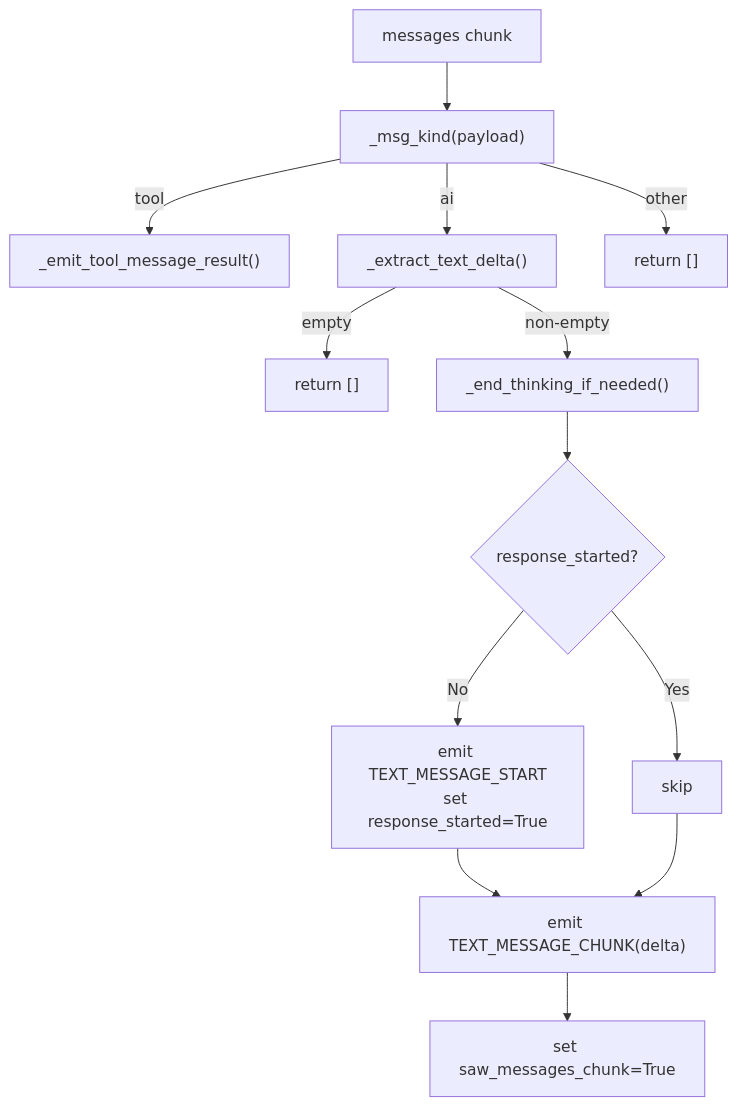
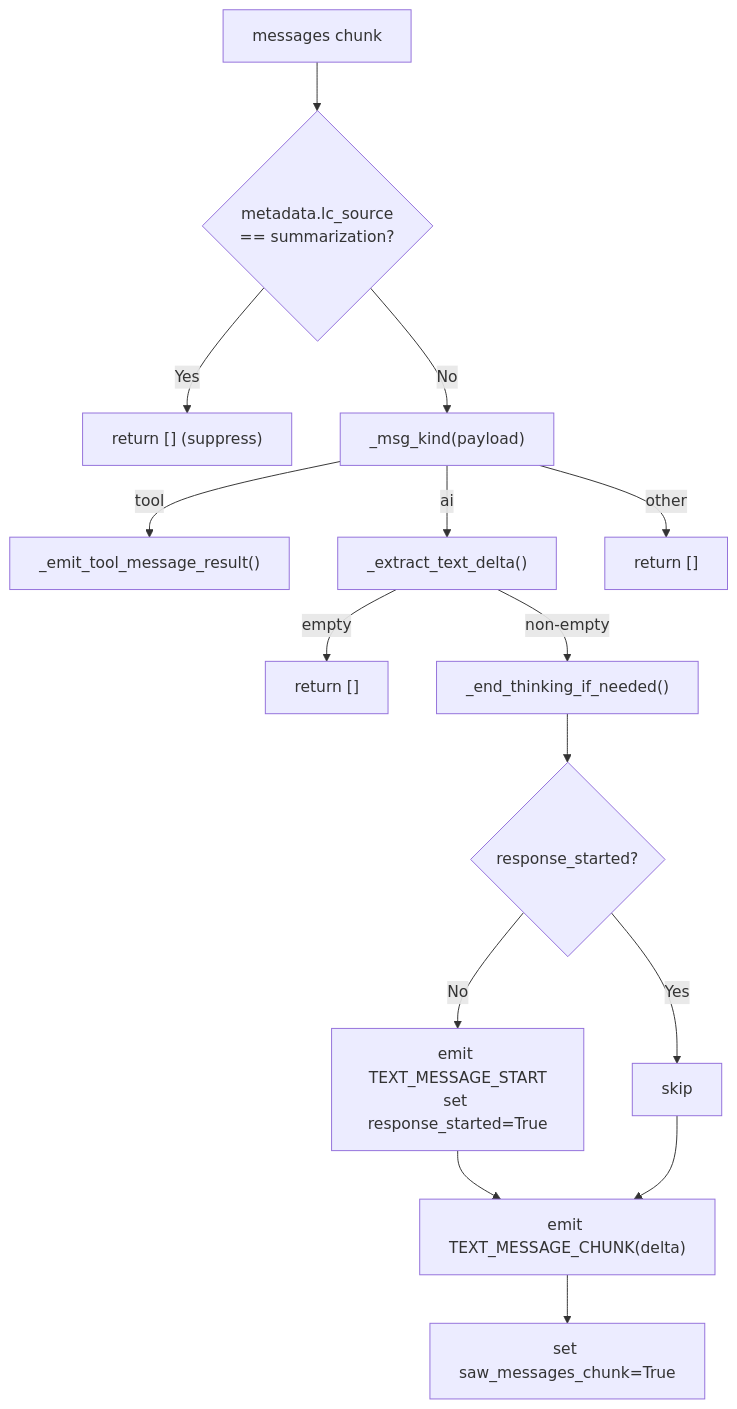
One commit to konstantinosmpouros/mAgenticX changed the third of 9 diagrams in docs/development/agui-protocol.md. Above: the diagram before and after it, drawn with Mermaid. The commit also changed other lines of this file and 27 other files, not shown here.

````diff
--- a/docs/development/agui-protocol.md
+++ b/docs/development/agui-protocol.md
@@ -228,14 +230,16 @@
 ```mermaid
 flowchart TD
-    A["messages chunk"] --> B["_msg_kind(payload)"]
+    A["messages chunk"] --> Z{"metadata.lc_source\n== summarization?"}
+    Z -->|Yes| Y["return [] (suppress)"]
+    Z -->|No| B["_msg_kind(payload)"]
     B -->|"tool"| C["_emit_tool_message_result()"]
     B -->|"ai"| D["_extract_text_delta()"]
     D -->|empty| E["return []"]
     D -->|non-empty| F["_end_thinking_if_needed()"]
     F --> G{response_started?}
     G -->|No| H["emit TEXT_MESSAGE_START\nset response_started=True"]
     G -->|Yes| I["skip"]
     H & I --> J["emit TEXT_MESSAGE_CHUNK(delta)"]
     J --> K["set saw_messages_chunk=True"]
     B -->|"other"| L["return []"]
 ```
````
